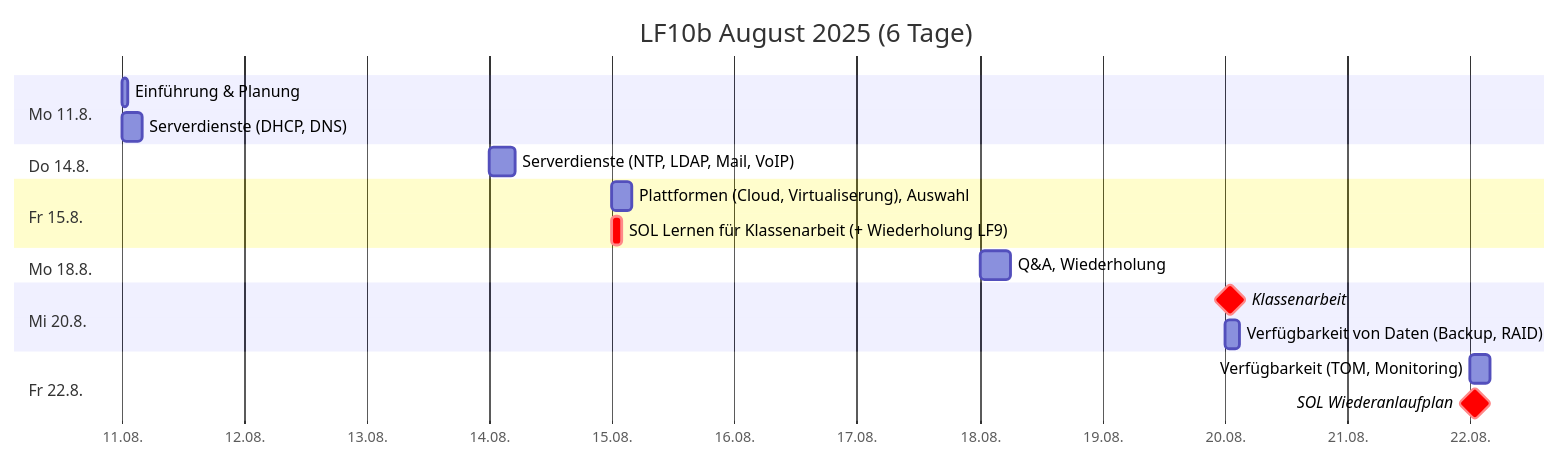
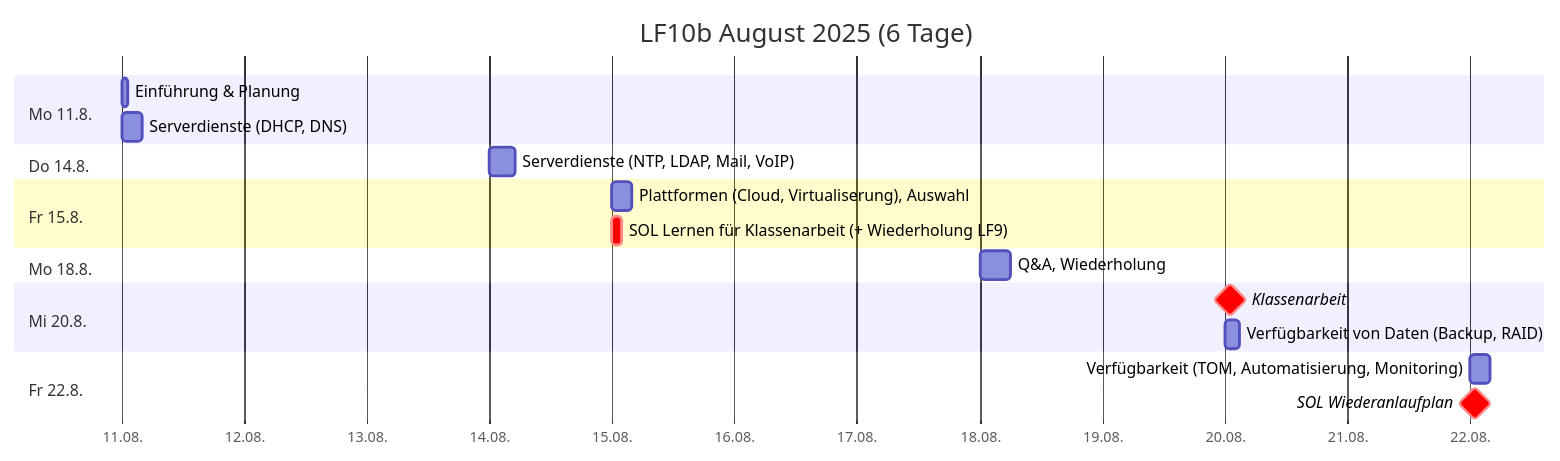
The first of 3 diagrams in src/plan.md (johannesloetzsch/LF10b), drawn with Mermaid before and after one commit. The commit also changed 3 other files, not shown here.

````diff
--- a/src/plan.md
+++ b/src/plan.md
@@ -7,22 +7,22 @@
 ```mermaid
 gantt
  title LF10b August 2025 (6 Tage)
  dateFormat YYYY-MM-DD
  axisFormat %d.%m.
  section Mo 11.8.
   Einführung & Planung          :2025-08-11, 1h
   Serverdienste (DHCP, DNS)     :2025-08-11, 4h
  section Do 14.8.
   Serverdienste (NTP, LDAP, Mail, VoIP) :2025-08-14, 5h
  section Fr 15.8.
   Plattformen (Cloud, Virtualiserung), Auswahl    :2025-08-15, 4h
   SOL Lernen für Klassenarbeit (+ Wiederholung LF9)  :crit, 2025-08-15, 2h
  section Mo 18.8.
   Q&A, Wiederholung             :2025-08-18, 6h
  section Mi 20.8.
   Klassenarbeit                 :crit, milestone, 2025-08-20, 2h
   Verfügbarkeit von Daten (Backup, RAID)  :2025-08-20, 3h
  section Fr 22.8.
-  Verfügbarkeit (TOM, Monitoring) :2025-08-22, 4h
+  Verfügbarkeit (TOM, Automatisierung, Monitoring) :2025-08-22, 4h
   SOL Wiederanlaufplan          :crit, milestone, 2025-08-22, 2h
 ```
````
